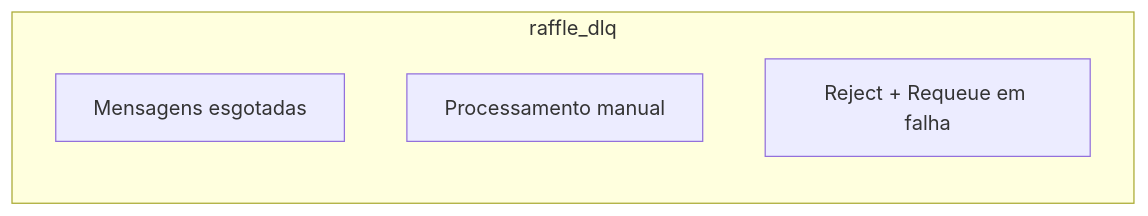
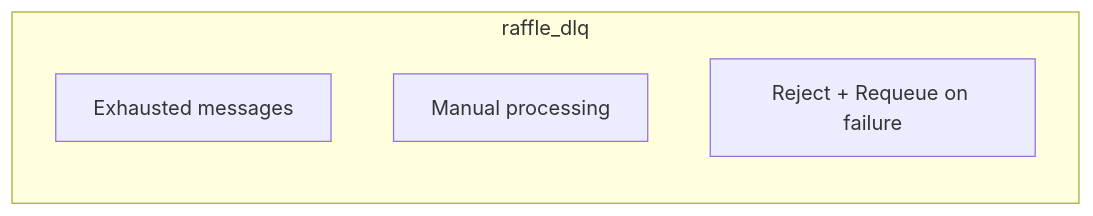
Before and after one commit to dakoctba/raffle: the fifth of 6 diagrams in docs/user_queue_process.md, drawn with Mermaid. The commit also changed other lines of this file and 2 other files, not shown here.

````diff
--- a/docs/user_queue_process.md
+++ b/docs/user_queue_process.md
@@ -146,8 +154,8 @@
 ```mermaid
 graph LR
     subgraph "raffle_dlq"
-        A[Mensagens esgotadas]
-        B[Processamento manual]
-        C[Reject + Requeue em falha]
+        A[Exhausted messages]
+        B[Manual processing]
+        C[Reject + Requeue on failure]
     end
 ```
````
